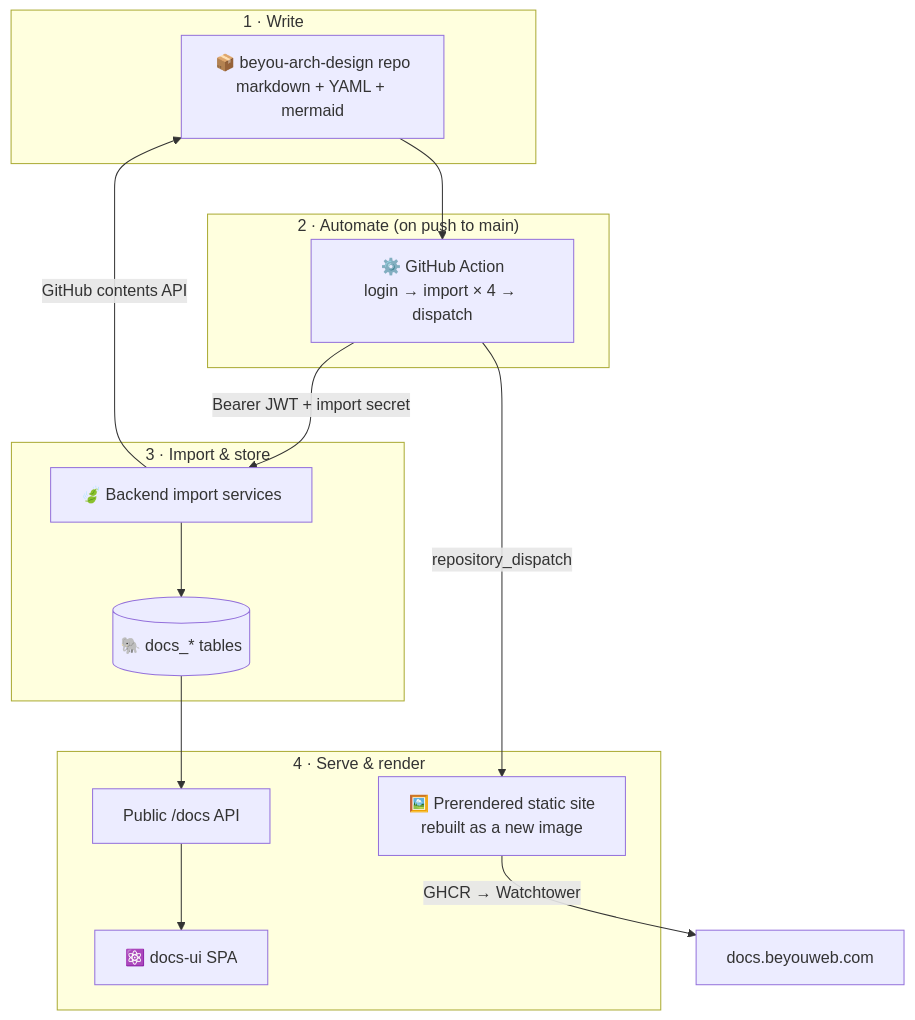
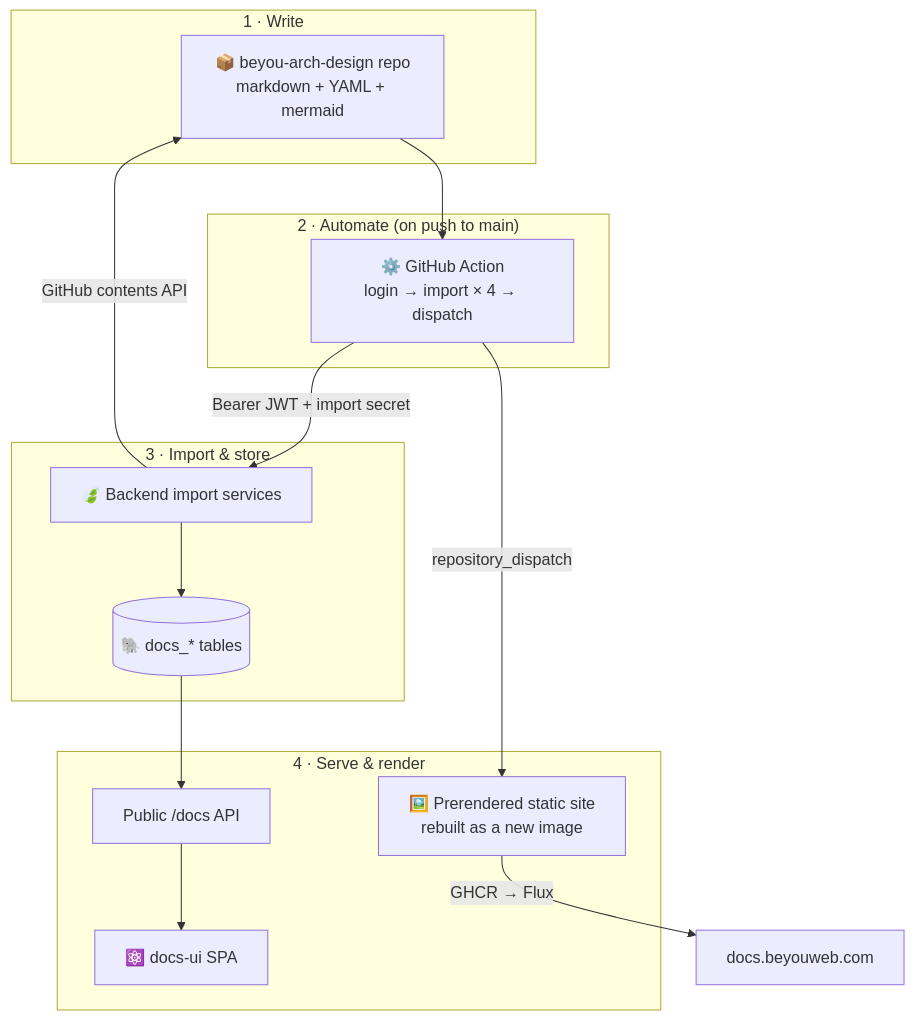
The diagram in architecture/docs-system/en.md (AndDev741/Beyou-arch-design), drawn with Mermaid before and after one commit. The commit also changed other lines of this file and 29 other files, not shown here.

````diff
--- a/architecture/docs-system/en.md
+++ b/architecture/docs-system/en.md
@@ -10,30 +10,30 @@
 ```mermaid
 flowchart TD
   subgraph write["1 · Write"]
     GH["📦 beyou-arch-design repo<br/>markdown + YAML + mermaid"]
   end
 
   subgraph automate["2 · Automate (on push to main)"]
     WF["⚙️ GitHub Action<br/>login → import × 4 → dispatch"]
   end
 
   subgraph store["3 · Import & store"]
     BE["🍃 Backend import services"]
     DB[("🐘 docs_* tables")]
   end
 
   subgraph serve["4 · Serve & render"]
     API["Public /docs API"]
     UI["⚛️ docs-ui SPA"]
     PRE["🖼️ Prerendered static site<br/>rebuilt as a new image"]
   end
 
   GH --> WF
   WF -->|"Bearer JWT + import secret"| BE
   BE -->|"GitHub contents API"| GH
   BE --> DB
   DB --> API
   API --> UI
   WF -->|"repository_dispatch"| PRE
-  PRE -->|"GHCR → Watchtower"| LIVE["docs.beyouweb.com"]
+  PRE -->|"GHCR → Flux"| LIVE["docs.beyouweb.com"]
 ```
````
